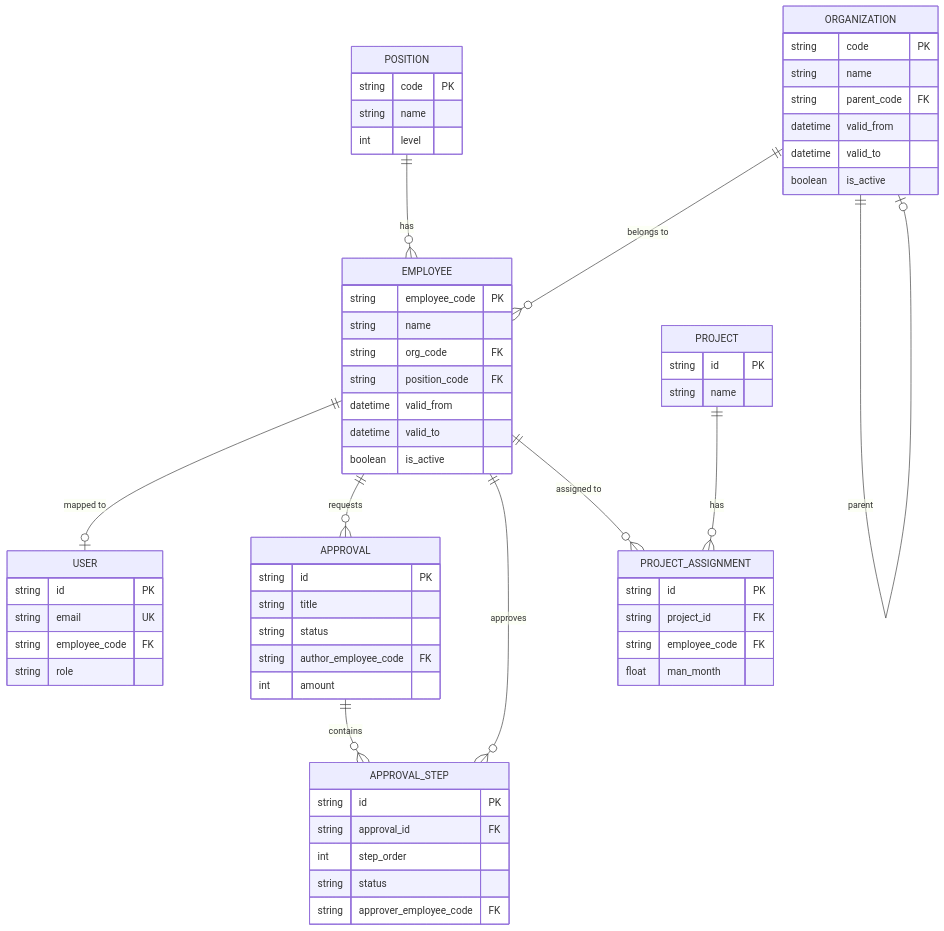
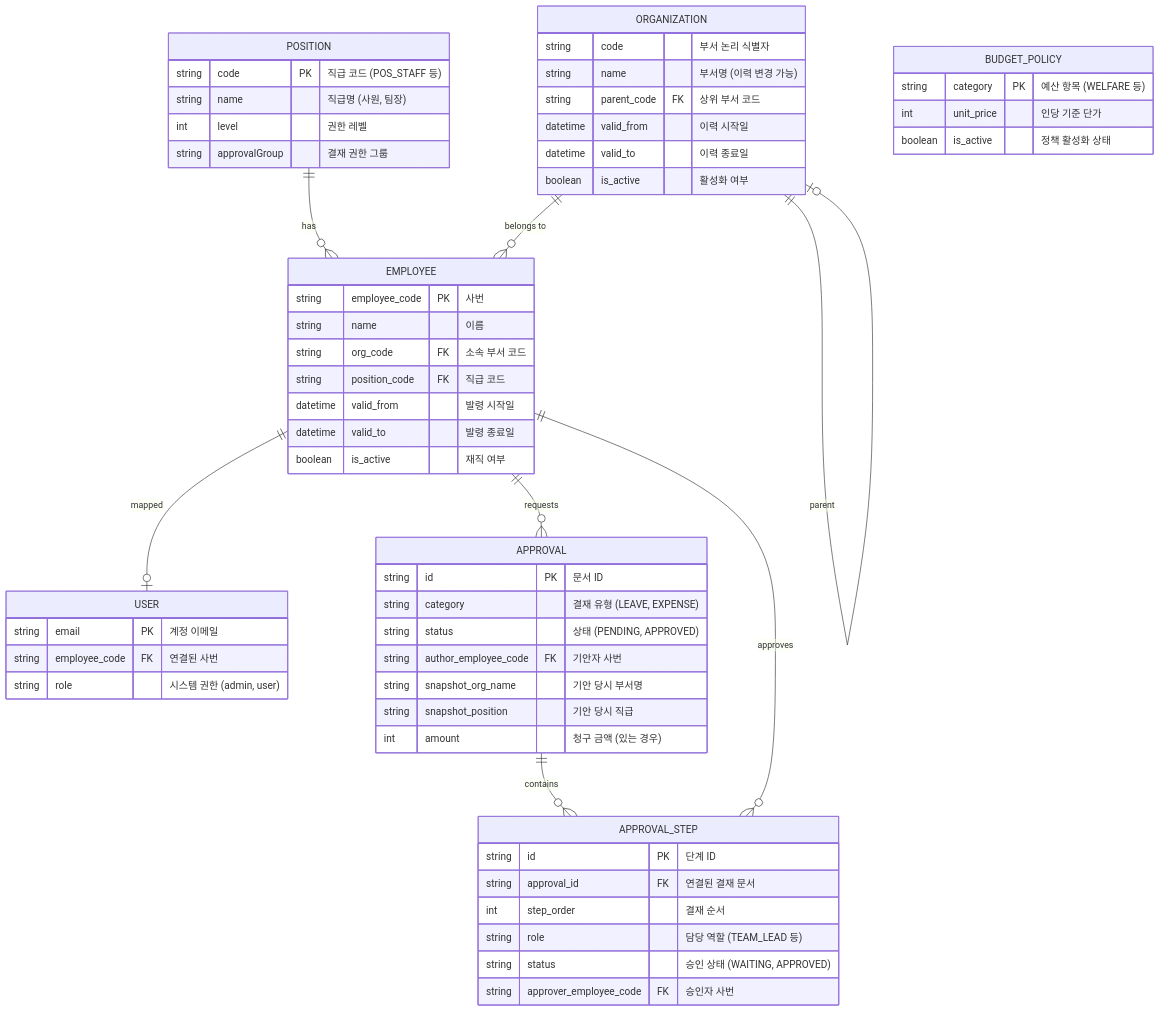
The diagram in README.md (sh0304/vibe-coding-project), drawn with Mermaid before and after one commit. The commit also changed other lines of this file and 3 other files, not shown here.

````diff
--- a/README.md
+++ b/README.md
@@ -42,65 +42,61 @@
 ```mermaid
 erDiagram
     POSITION ||--o{ EMPLOYEE : "has"
     ORGANIZATION ||--o{ EMPLOYEE : "belongs to"
     ORGANIZATION ||--o| ORGANIZATION : "parent"
-    EMPLOYEE ||--o| USER : "mapped to"
+    EMPLOYEE ||--o| USER : "mapped"
     EMPLOYEE ||--o{ APPROVAL : "requests"
     EMPLOYEE ||--o{ APPROVAL_STEP : "approves"
-    EMPLOYEE ||--o{ PROJECT_ASSIGNMENT : "assigned to"
     APPROVAL ||--o{ APPROVAL_STEP : "contains"
-    PROJECT ||--o{ PROJECT_ASSIGNMENT : "has"
 
     POSITION {
-        string code PK
-        string name
-        int level
+        string code PK "직급 코드 (POS_STAFF 등)"
+        string name "직급명 (사원, 팀장)"
+        int level "권한 레벨"
+        string approvalGroup "결재 권한 그룹"
     }
     ORGANIZATION {
-        string code PK
-        string name
-        string parent_code FK
-        datetime valid_from
-        datetime valid_to
-        boolean is_active
+        string code "부서 논리 식별자"
+        string name "부서명 (이력 변경 가능)"
+        string parent_code FK "상위 부서 코드"
+        datetime valid_from "이력 시작일"
+        datetime valid_to "이력 종료일"
+        boolean is_active "활성화 여부"
     }
     EMPLOYEE {
-        string employee_code PK
-        string name
-        string org_code FK
-        string position_code FK
-        datetime valid_from
-        datetime valid_to
-        boolean is_active
+        string employee_code PK "사번"
+        string name "이름"
+        string org_code FK "소속 부서 코드"
+        string position_code FK "직급 코드"
+        datetime valid_from "발령 시작일"
+        datetime valid_to "발령 종료일"
+        boolean is_active "재직 여부"
+    }
+    APPROVAL {
+        string id PK "문서 ID"
+        string category "결재 유형 (LEAVE, EXPENSE)"
+        string status "상태 (PENDING, APPROVED)"
+        string author_employee_code FK "기안자 사번"
+        string snapshot_org_name "기안 당시 부서명"
+        string snapshot_position "기안 당시 직급"
+        int amount "청구 금액 (있는 경우)"
+    }
+    APPROVAL_STEP {
+        string id PK "단계 ID"
+        string approval_id FK "연결된 결재 문서"
+        int step_order "결재 순서"
+        string role "담당 역할 (TEAM_LEAD 등)"
+        string status "승인 상태 (WAITING, APPROVED)"
+        string approver_employee_code FK "승인자 사번"
     }
     USER {
-        string id PK
-        string email UK
-        string employee_code FK
-        string role
+        string email PK "계정 이메일"
+        string employee_code FK "연결된 사번"
+        string role "시스템 권한 (admin, user)"
     }
-    APPROVAL {
-        string id PK
-        string title
-        string status
-        string author_employee_code FK
-        int amount
-    }
-    APPROVAL_STEP {
-        string id PK
-        string approval_id FK
-        int step_order
-        string status
-        string approver_employee_code FK
-    }
-    PROJECT {
-        string id PK
-        string name
-    }
-    PROJECT_ASSIGNMENT {
-        string id PK
-        string project_id FK
-        string employee_code FK
-        float man_month
+    BUDGET_POLICY {
+        string category PK "예산 항목 (WELFARE 등)"
+        int unit_price "인당 기준 단가"
+        boolean is_active "정책 활성화 상태"
     }
 ```
````
